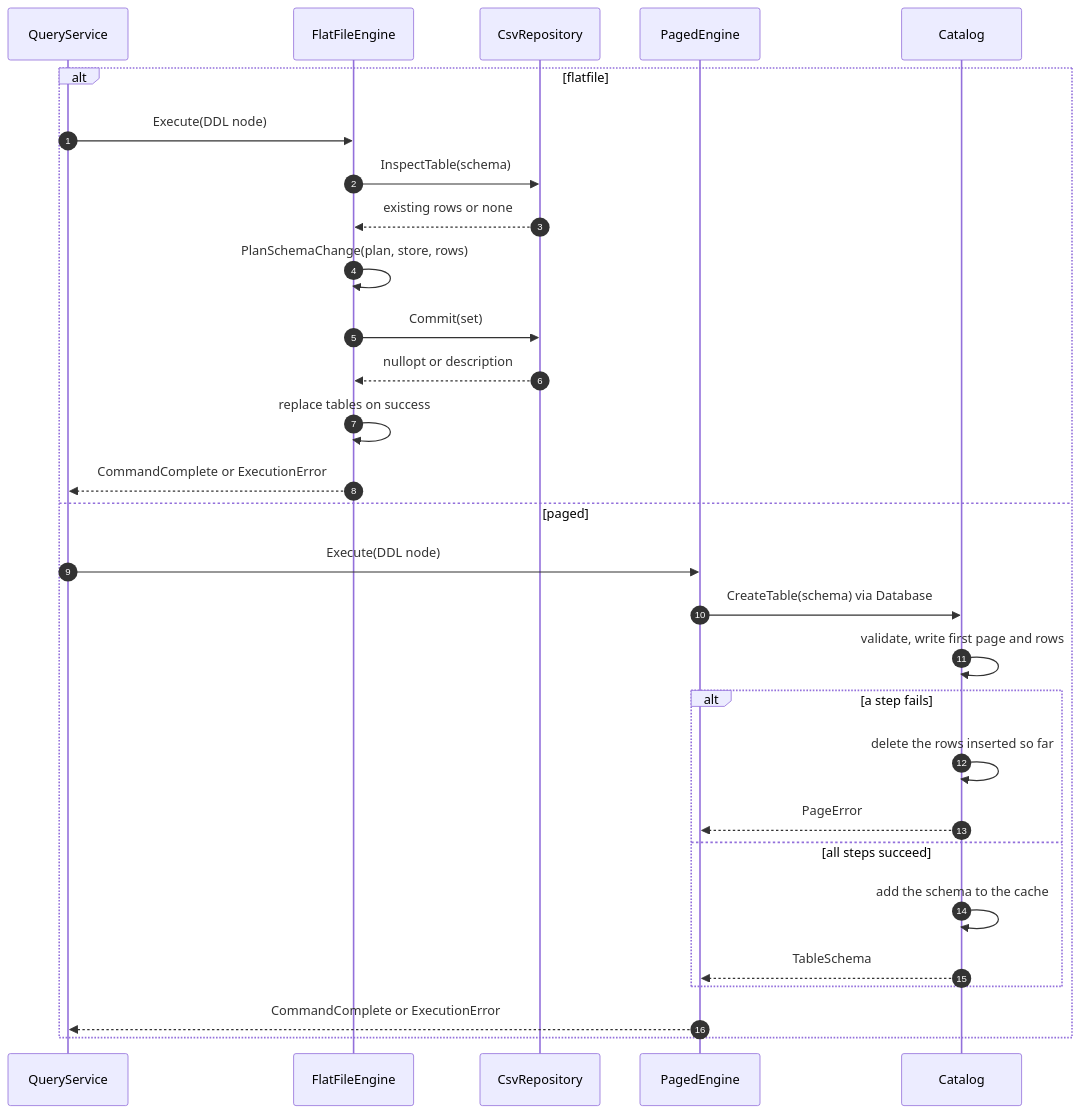
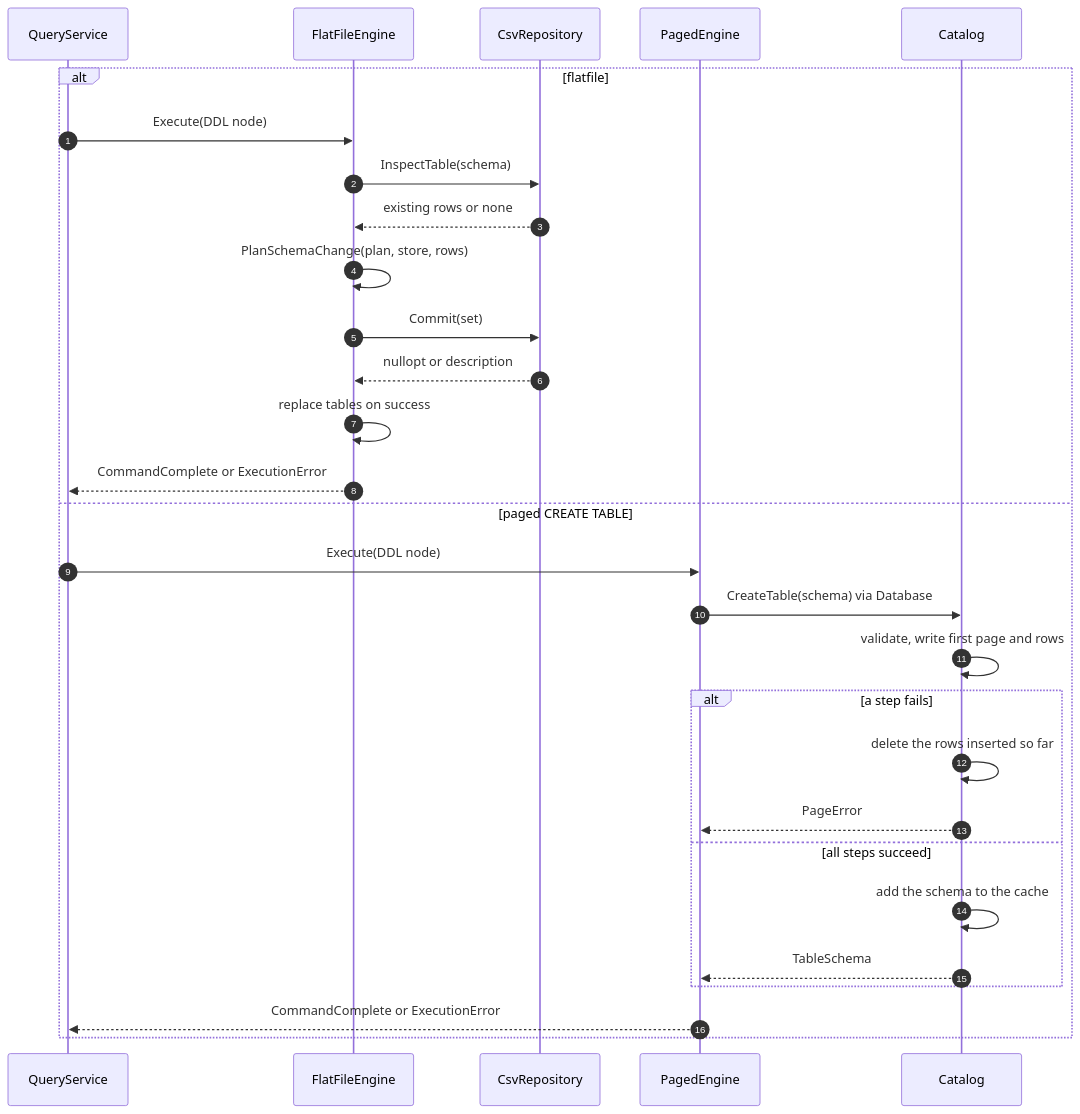
Before and after one commit to daniel-gs-93/flatfiledb: the ninth of 12 diagrams in docs/DesignDocument.md, drawn with Mermaid. The commit also changed other lines of this file and 36 other files, not shown here.

Commit message:
feat: add paged ADD COLUMN, DROP TABLE and a SQLite comparison

````diff
--- a/docs/DesignDocument.md
+++ b/docs/DesignDocument.md
@@ -585,31 +619,31 @@
 ```mermaid
 sequenceDiagram
     autonumber
     participant QueryService
     participant FlatFileEngine
     participant CsvRepository
     participant PagedEngine
     participant Catalog
     alt flatfile
         QueryService->>FlatFileEngine: Execute(DDL node)
         FlatFileEngine->>CsvRepository: InspectTable(schema)
         CsvRepository-->>FlatFileEngine: existing rows or none
         FlatFileEngine->>FlatFileEngine: PlanSchemaChange(plan, store, rows)
         FlatFileEngine->>CsvRepository: Commit(set)
         CsvRepository-->>FlatFileEngine: nullopt or description
         FlatFileEngine->>FlatFileEngine: replace tables on success
         FlatFileEngine-->>QueryService: CommandComplete or ExecutionError
-    else paged
+    else paged CREATE TABLE
         QueryService->>PagedEngine: Execute(DDL node)
         PagedEngine->>Catalog: CreateTable(schema) via Database
         Catalog->>Catalog: validate, write first page and rows
         alt a step fails
             Catalog->>Catalog: delete the rows inserted so far
             Catalog-->>PagedEngine: PageError
         else all steps succeed
             Catalog->>Catalog: add the schema to the cache
             Catalog-->>PagedEngine: TableSchema
         end
         PagedEngine-->>QueryService: CommandComplete or ExecutionError
     end
 ```
````
